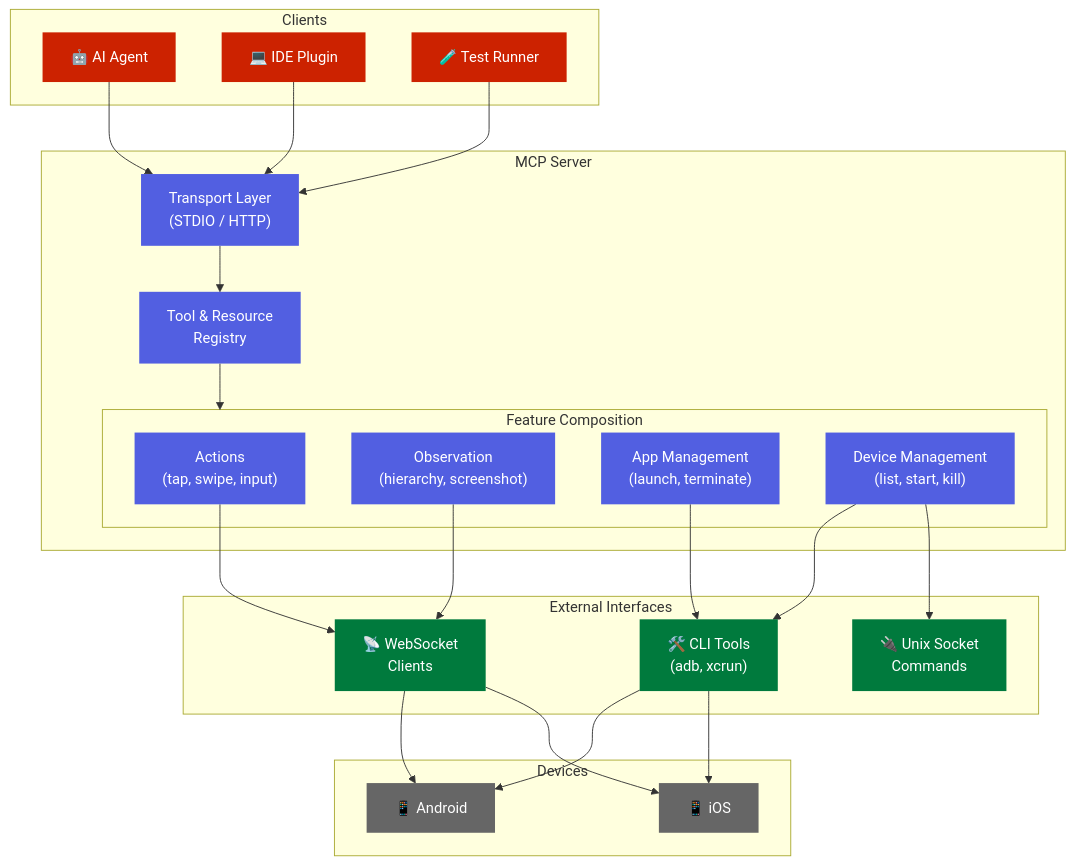
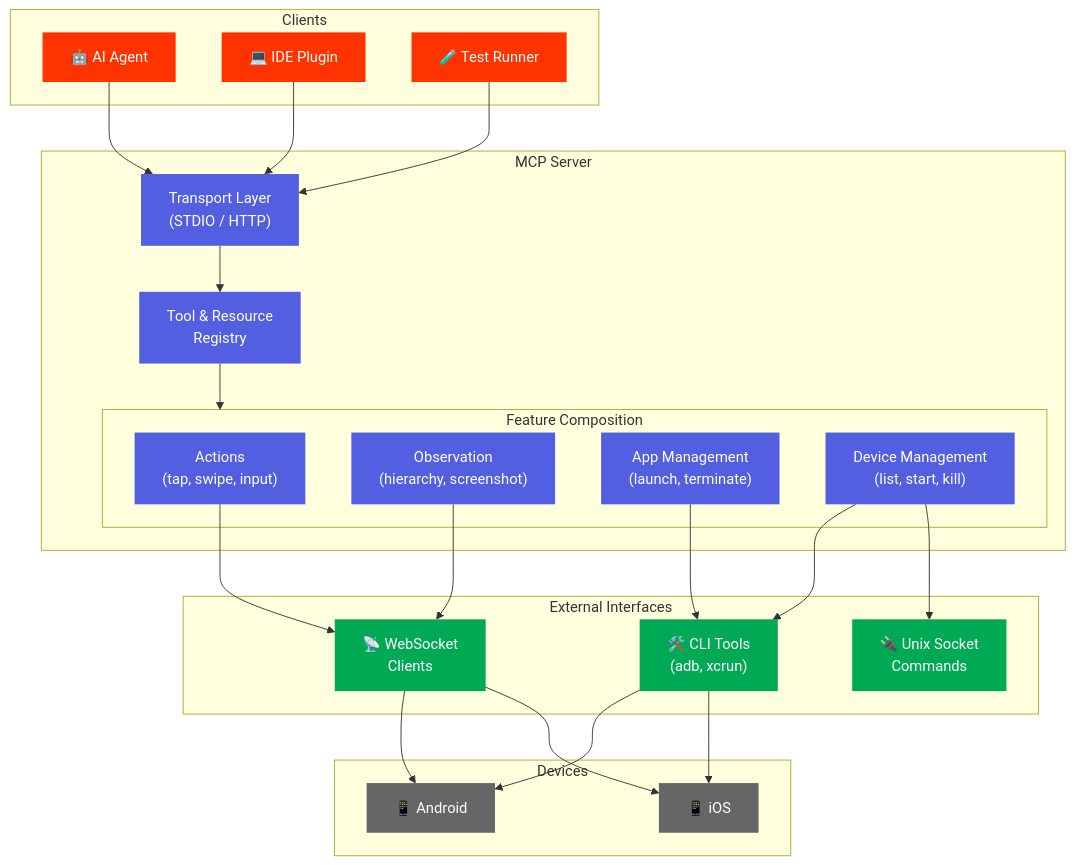
Before and after one commit to kaeawc/auto-mobile: the diagram in docs/design-docs/index.md, drawn with Mermaid. The commit also changed other lines of this file and 59 other files, not shown here.

````diff
--- a/docs/design-docs/index.md
+++ b/docs/design-docs/index.md
@@ -9,58 +9,58 @@
 ```mermaid
 flowchart TB
     subgraph Clients
         Agent["🤖 AI Agent"]
         IDE["💻 IDE Plugin"]
         CLI["🧪 Test Runner"]
     end
 
     subgraph MCP["MCP Server"]
         Transport["Transport Layer<br/>(STDIO / HTTP)"]
         Registry["Tool & Resource<br/>Registry"]
 
         subgraph Features["Feature Composition"]
             Actions["Actions<br/>(tap, swipe, input)"]
             Observe["Observation<br/>(hierarchy, screenshot)"]
             AppMgmt["App Management<br/>(launch, terminate)"]
             DeviceMgmt["Device Management<br/>(list, start, kill)"]
         end
     end
 
     subgraph External["External Interfaces"]
         WS["📡 WebSocket<br/>Clients"]
         Socket["🔌 Unix Socket<br/>Commands"]
         CLITools["🛠️ CLI Tools<br/>(adb, xcrun)"]
     end
 
     subgraph Devices["Devices"]
         Android["📱 Android"]
         iOS["📱 iOS"]
     end
 
     Agent --> Transport
     IDE --> Transport
     CLI --> Transport
     Transport --> Registry
     Registry --> Features
 
     Actions --> WS
     Observe --> WS
     AppMgmt --> CLITools
     DeviceMgmt --> CLITools
     DeviceMgmt --> Socket
 
     WS --> Android
     WS --> iOS
     CLITools --> Android
     CLITools --> iOS
 
-    classDef client fill:#CC2200,stroke-width:0px,color:white;
+    classDef client fill:#FF3300,stroke-width:0px,color:white;
     classDef mcp fill:#525FE1,stroke-width:0px,color:white;
-    classDef external fill:#007A3D,stroke-width:0px,color:white;
+    classDef external fill:#00AA55,stroke-width:0px,color:white;
     classDef device fill:#666666,stroke-width:0px,color:white;
 
     class Agent,IDE,CLI client;
     class Transport,Registry,Actions,Observe,AppMgmt,DeviceMgmt mcp;
     class WS,Socket,CLITools external;
     class Android,iOS device;
 ```
````
